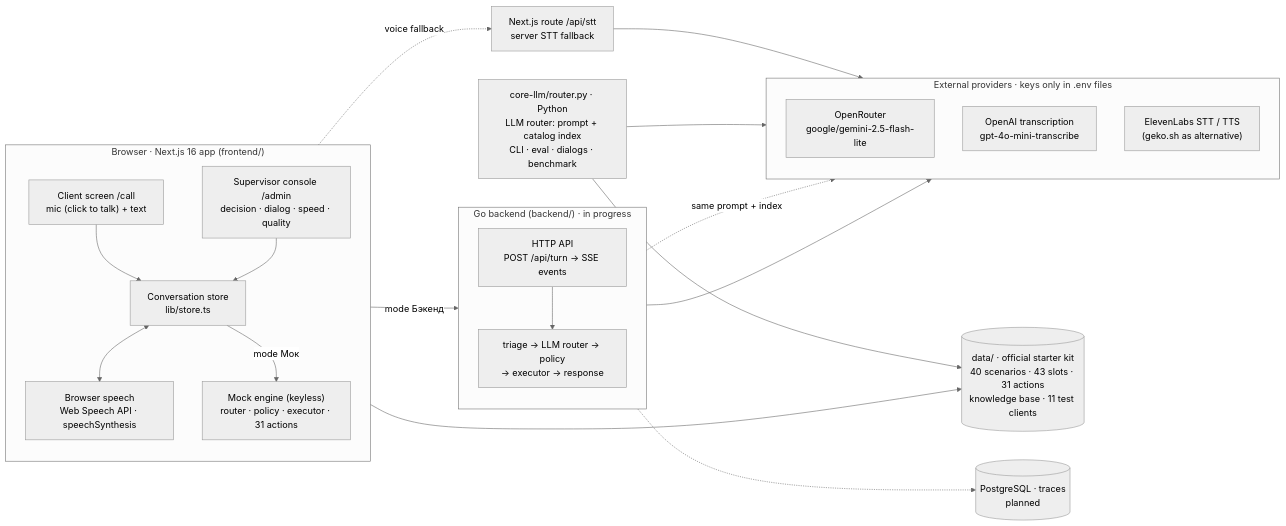
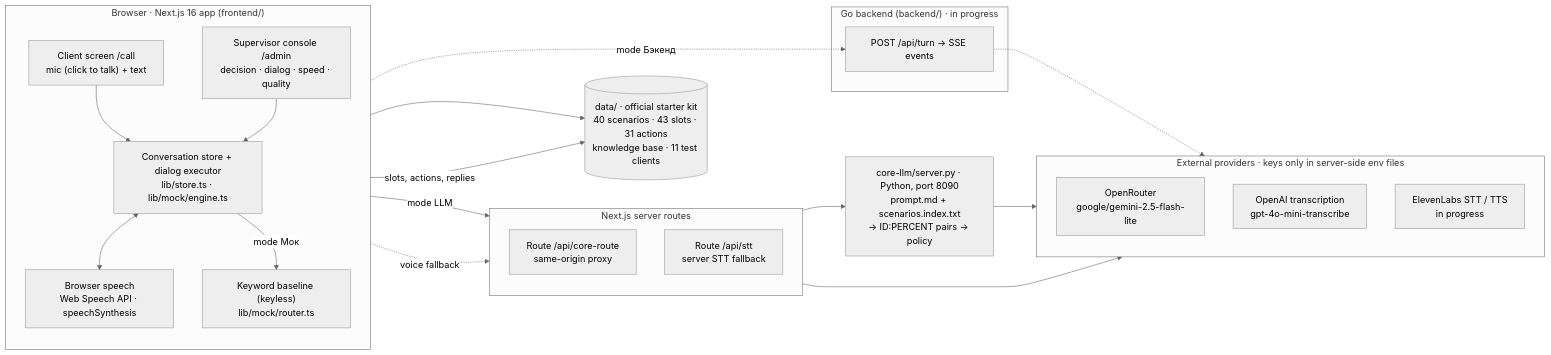
Before and after one commit to BAITC-Hacks/hack-9dd7b5f3-plus: the first of 6 diagrams in README.md, drawn with Mermaid (neutral theme). The commit also changed other lines of this file and 7 other files, not shown here.

First line of the commit message:
docs(readme): sync with main — LLM mode, Docker Compose, try-it block, photos

````diff
--- a/README.md
+++ b/README.md
@@ -209,46 +230,46 @@
 ```mermaid
 flowchart LR
   subgraph B["Browser · Next.js 16 app (frontend/)"]
     direction TB
     CALL["Client screen /call<br/>mic (click to talk) + text"]
     ADMIN["Supervisor console /admin<br/>decision · dialog · speed · quality"]
-    STORE["Conversation store<br/>lib/store.ts"]
+    STORE["Conversation store + dialog executor<br/>lib/store.ts · lib/mock/engine.ts"]
     VOICE["Browser speech<br/>Web Speech API · speechSynthesis"]
-    MOCK["Mock engine (keyless)<br/>router · policy · executor · 31 actions"]
+    MOCK["Keyword baseline (keyless)<br/>lib/mock/router.ts"]
   end
 
-  STTR["Next.js route /api/stt<br/>server STT fallback"]
+  subgraph N["Next.js server routes"]
+    direction TB
+    PROXY["Route /api/core-route<br/>same-origin proxy"]
+    STTR["Route /api/stt<br/>server STT fallback"]
+  end
+
+  CORE["core-llm/server.py · Python, port 8090<br/>prompt.md + scenarios.index.txt<br/>→ ID:PERCENT pairs → policy"]
 
   subgraph G["Go backend (backend/) · in progress"]
-    direction TB
-    API["HTTP API<br/>POST /api/turn → SSE events"]
-    PIPE["triage → LLM router → policy<br/>→ executor → response"]
+    API["POST /api/turn → SSE events"]
   end
 
-  CORE["core-llm/router.py · Python<br/>LLM router: prompt + catalog index<br/>CLI · eval · dialogs · benchmark"]
-
-  subgraph X["External providers · keys only in .env files"]
+  subgraph X["External providers · keys only in server-side env files"]
     direction TB
     LLM["OpenRouter<br/>google/gemini-2.5-flash-lite"]
     OAI["OpenAI transcription<br/>gpt-4o-mini-transcribe"]
-    SPEECH["ElevenLabs STT / TTS<br/>(geko.sh as alternative)"]
+    SPEECH["ElevenLabs STT / TTS<br/>in progress"]
   end
 
   KIT[("data/ · official starter kit<br/>40 scenarios · 43 slots · 31 actions<br/>knowledge base · 11 test clients")]
-  DB[("PostgreSQL · traces<br/>planned")]
 
   CALL --> STORE
   ADMIN --> STORE
   STORE <--> VOICE
+  STORE -->|mode Мок| MOCK
+  STORE -->|mode LLM| PROXY
+  STORE -.->|mode Бэкенд| API
   STORE -.->|voice fallback| STTR
+  PROXY --> CORE
+  CORE --> LLM
   STTR --> OAI
-  STORE -->|mode Мок| MOCK
-  STORE -->|mode Бэкенд| API
+  API -.-> SPEECH
   MOCK --> KIT
-  API --> PIPE
-  PIPE -.->|same prompt + index| LLM
-  CORE --> LLM
-  CORE --> KIT
-  API --> SPEECH
-  API -.-> DB
+  STORE -->|slots, actions, replies| KIT
 ```
````
